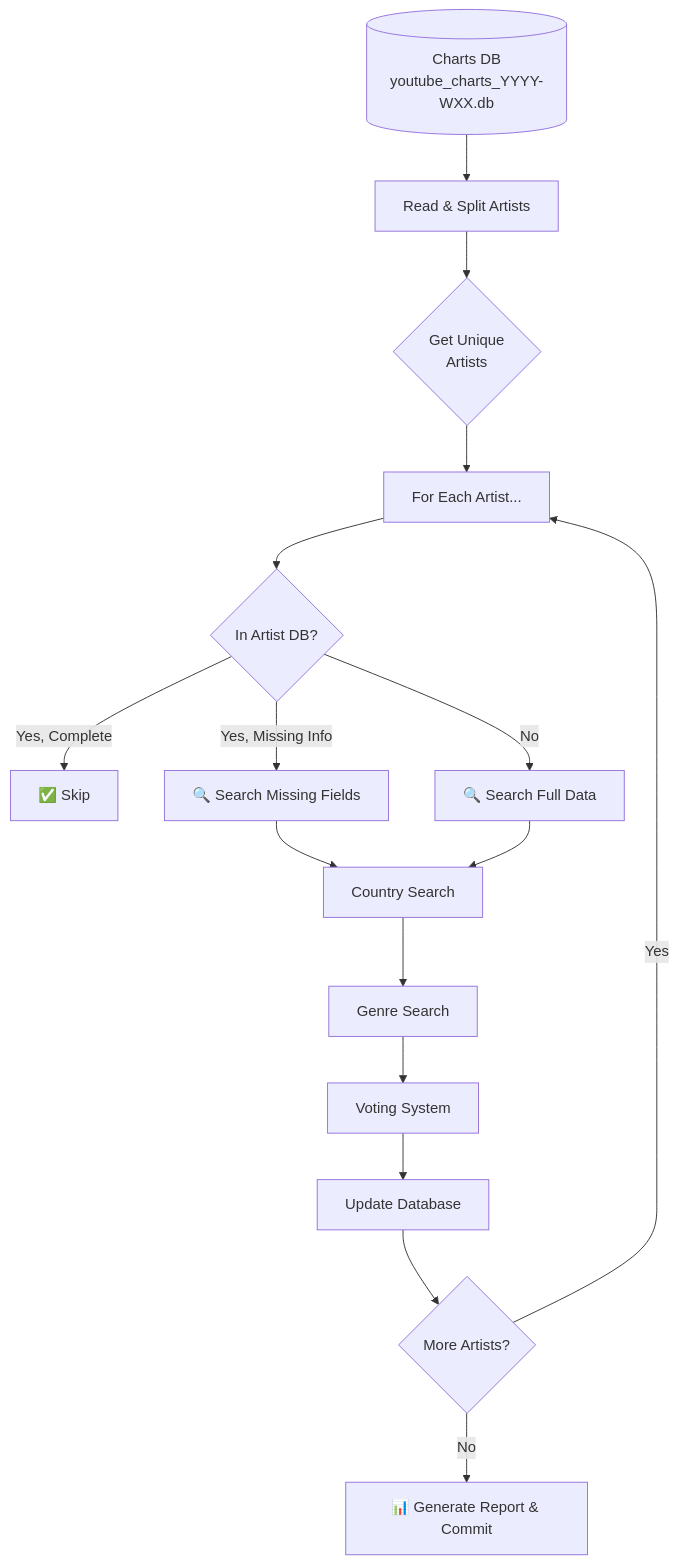
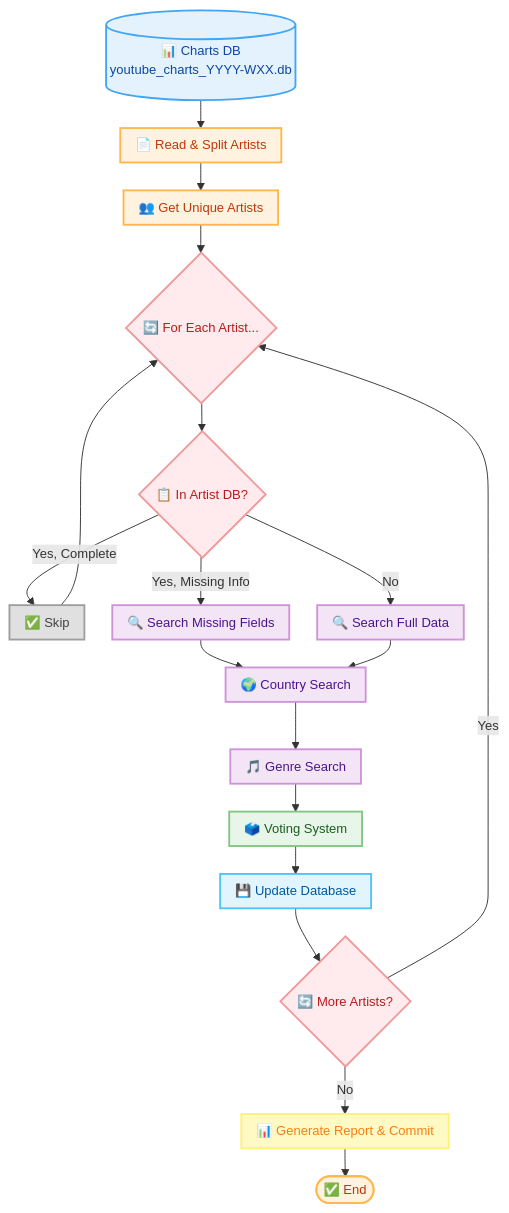
Before and after one commit to adroguetth/Music-Charts-Intelligence: the first of 5 diagrams in Documentation_EN/2_build_artist_db.md, drawn with Mermaid. The commit also changed other lines of this file, not shown here.

````diff
--- a/Documentation_EN/2_build_artist_db.md
+++ b/Documentation_EN/2_build_artist_db.md
@@ -41,19 +41,50 @@
 ```mermaid
+%%{init: {'flowchart': {'useMaxWidth': true, 'width': '50%', 'padding': 8, 'nodeSpacing': 30, 'rankSpacing': 30}, 'themeVariables': {'fontSize': '14px'}}}%%
 flowchart TD
-    DB[("Charts DB\nyoutube_charts_YYYY-WXX.db")]
-    DB --> RSA["Read & Split Artists"]
-    RSA --> GUA{"Get Unique\nArtists"}
-    GUA --> FEA["For Each Artist..."]
-    FEA --> IAD{"In Artist DB?"}
+    DB[("📊 Charts DB<br/>youtube_charts_YYYY-WXX.db")]
+    DB --> RSA["📄 Read & Split Artists"]
+    RSA --> GUA["👥 Get Unique Artists"]
+    GUA --> FEA{"🔄 For Each Artist..."}
+    
+    FEA --> IAD{"📋 In Artist DB?"}
+    
     IAD -- "Yes, Complete" --> SKIP["✅ Skip"]
+    SKIP --> FEA
+    
     IAD -- "Yes, Missing Info" --> SMF["🔍 Search Missing Fields"]
     IAD -- "No" --> SFD["🔍 Search Full Data"]
-    SMF --> CS["Country Search"]
+    
+    SMF --> CS["🌍 Country Search"]
     SFD --> CS
-    CS --> GS["Genre Search"]
-    GS --> VS["Voting System"]
-    VS --> UD["Update Database"]
-    UD --> MA{"More Artists?"}
+    CS --> GS["🎵 Genre Search"]
+    GS --> VS["🗳️ Voting System"]
+    VS --> UD["💾 Update Database"]
+    UD --> MA{"🔄 More Artists?"}
+    
     MA -- "Yes" --> FEA
     MA -- "No" --> GRC["📊 Generate Report & Commit"]
+    
+    GRC --> FIN(["✅ End"])
+
+    %% Estilos con colores suaves
+    classDef db fill:#E3F2FD,stroke:#42A5F5,stroke-width:2px,color:#0D47A1
+    classDef process fill:#FFF3E0,stroke:#FFB74D,stroke-width:2px,color:#BF360C
+    classDef decision fill:#FFEBEE,stroke:#EF9A9A,stroke-width:2px,color:#B71C1C
+    classDef search fill:#F3E5F5,stroke:#CE93D8,stroke-width:2px,color:#4A148C
+    classDef vote fill:#E8F5E9,stroke:#81C784,stroke-width:2px,color:#1B5E20
+    classDef update fill:#E1F5FE,stroke:#4FC3F7,stroke-width:2px,color:#01579B
+    classDef skip fill:#E0E0E0,stroke:#9E9E9E,stroke-width:2px,color:#424242
+    classDef report fill:#FFF9C4,stroke:#FFF176,stroke-width:2px,color:#F57F17
+
+    %% Asignación de clases
+    class DB db
+    class RSA,GUA process
+    class FEA,IAD,MA decision
+    class SMF,SFD search
+    class CS,GS search
+    class VS vote
+    class UD update
+    class SKIP skip
+    class GRC report
+    class FIN process
 ```
````
